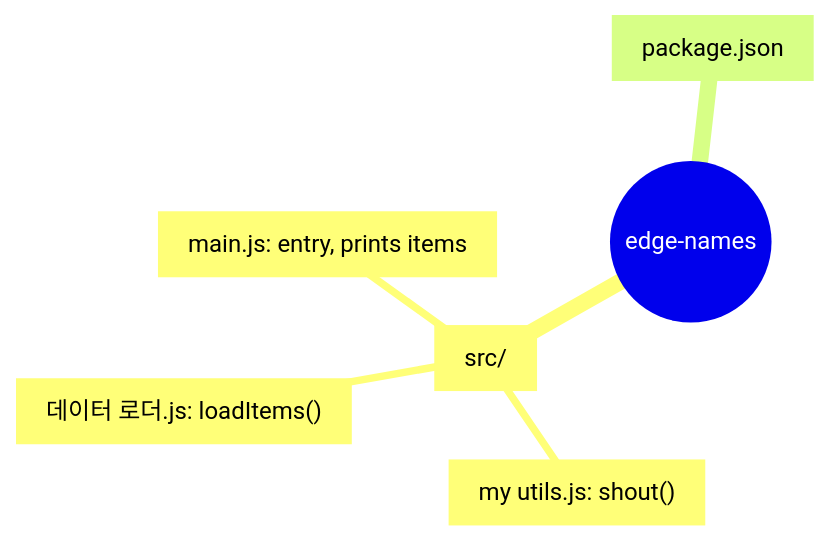
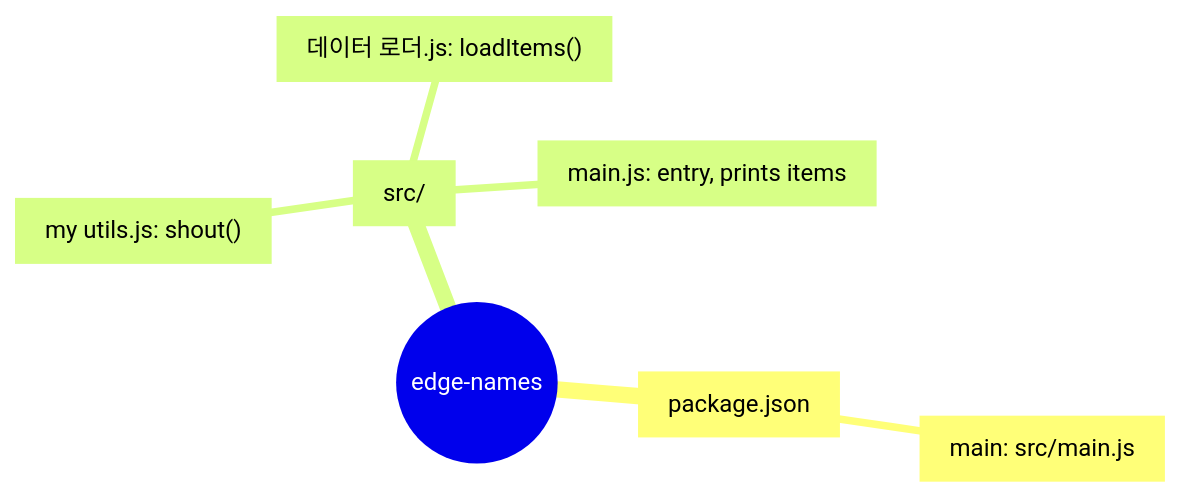
Before and after one commit to hxxnn/codemap: the diagram in examples/edge-names/docs/codemap/mindmap.md, drawn with Mermaid. The commit also changed other lines of this file and 13 other files, not shown here.

````diff
--- a/examples/edge-names/docs/codemap/mindmap.md
+++ b/examples/edge-names/docs/codemap/mindmap.md
@@ -12,9 +12,10 @@
 ```mermaid
 mindmap
   root((edge-names))
-    n1["src/"]
-      n2["main.js: entry, prints items"]
-      n3["my utils.js: shout()"]
-      n4["데이터 로더.js: loadItems()"]
-    n5["package.json"]
+    n1["package.json"]
+      n2["main: src/main.js"]
+    n3["src/"]
+      n4["main.js: entry, prints items"]
+      n5["my utils.js: shout()"]
+      n6["데이터 로더.js: loadItems()"]
 ```
````
